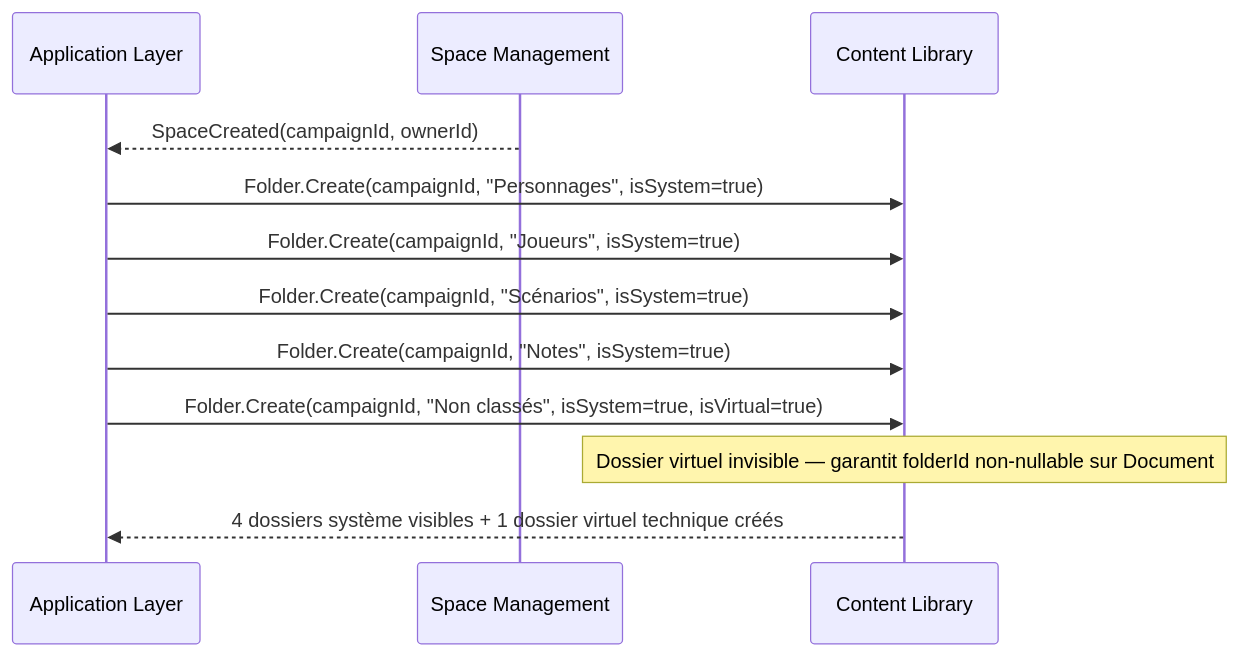
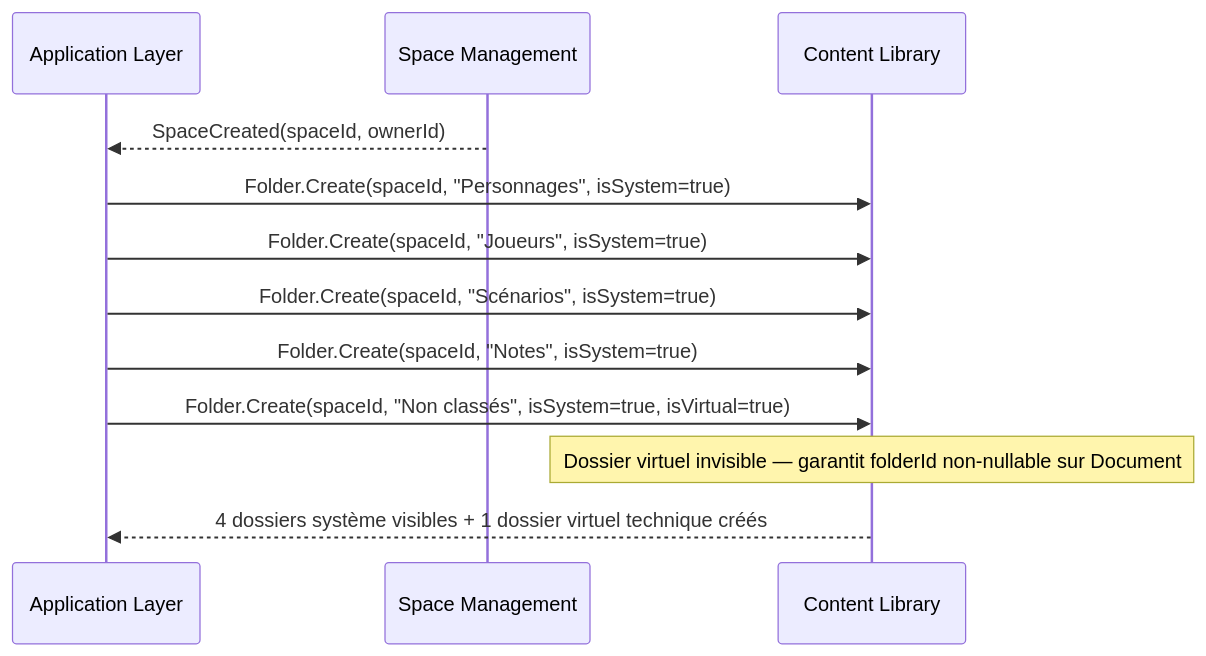
The first of 8 diagrams in docs/conception/domain/diagrams/flows/content-library.md (2025-10-CDA-ECO-P6/PM-micro-saas), drawn with Mermaid before and after one commit. The commit also changed other lines of this file and 68 other files, not shown here.

First line of the commit message:
docs(corpus): renomme Campaign en Space et ajoute les spécifications techniques

````diff
--- a/docs/conception/domain/diagrams/flows/content-library.md
+++ b/docs/conception/domain/diagrams/flows/content-library.md
@@ -5,15 +5,15 @@
 ```mermaid
 sequenceDiagram
     participant App as Application Layer
-    participant CM as Space Management
+    participant SM as Space Management
     participant CL as Content Library
 
-    CM-->>App: SpaceCreated(campaignId, ownerId)
-    App->>CL: Folder.Create(campaignId, "Personnages", isSystem=true)
-    App->>CL: Folder.Create(campaignId, "Joueurs", isSystem=true)
-    App->>CL: Folder.Create(campaignId, "Scénarios", isSystem=true)
-    App->>CL: Folder.Create(campaignId, "Notes", isSystem=true)
-    App->>CL: Folder.Create(campaignId, "Non classés", isSystem=true, isVirtual=true)
+    SM-->>App: SpaceCreated(spaceId, ownerId)
+    App->>CL: Folder.Create(spaceId, "Personnages", isSystem=true)
+    App->>CL: Folder.Create(spaceId, "Joueurs", isSystem=true)
+    App->>CL: Folder.Create(spaceId, "Scénarios", isSystem=true)
+    App->>CL: Folder.Create(spaceId, "Notes", isSystem=true)
+    App->>CL: Folder.Create(spaceId, "Non classés", isSystem=true, isVirtual=true)
     Note over CL: Dossier virtuel invisible — garantit folderId non-nullable sur Document
     CL-->>App: 4 dossiers système visibles + 1 dossier virtuel technique créés
 ```
````
